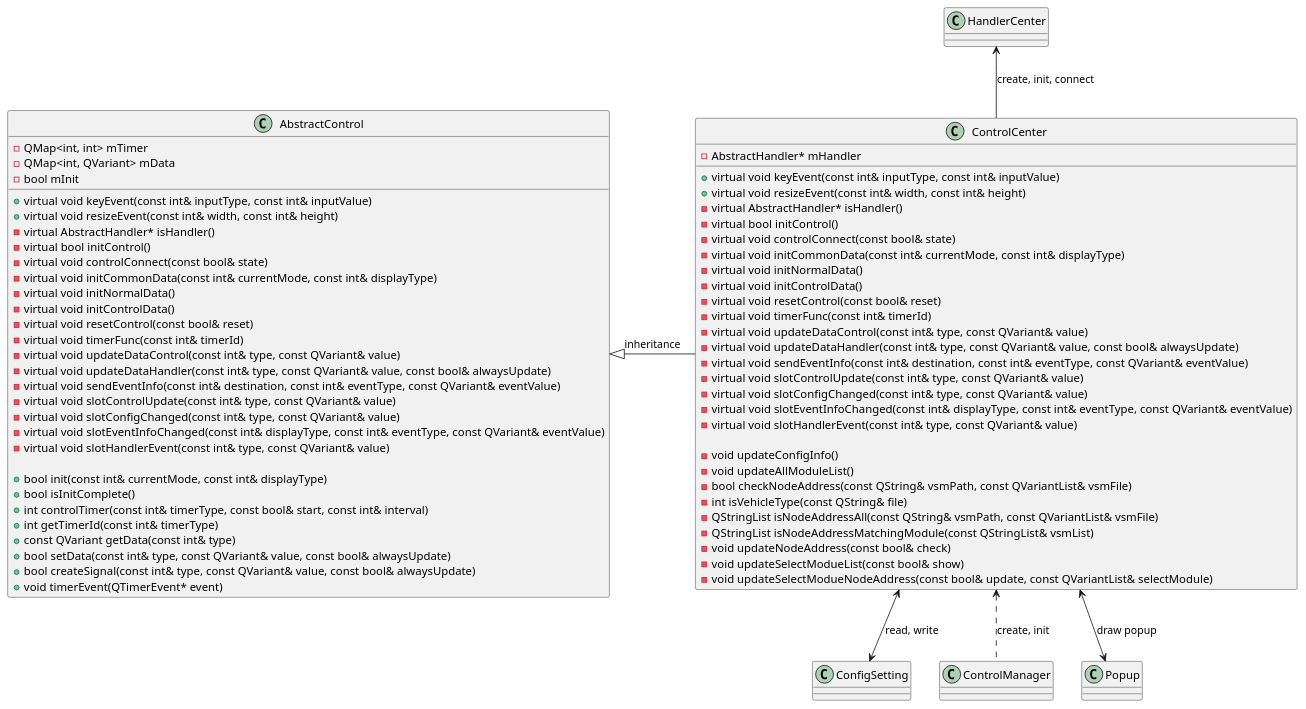
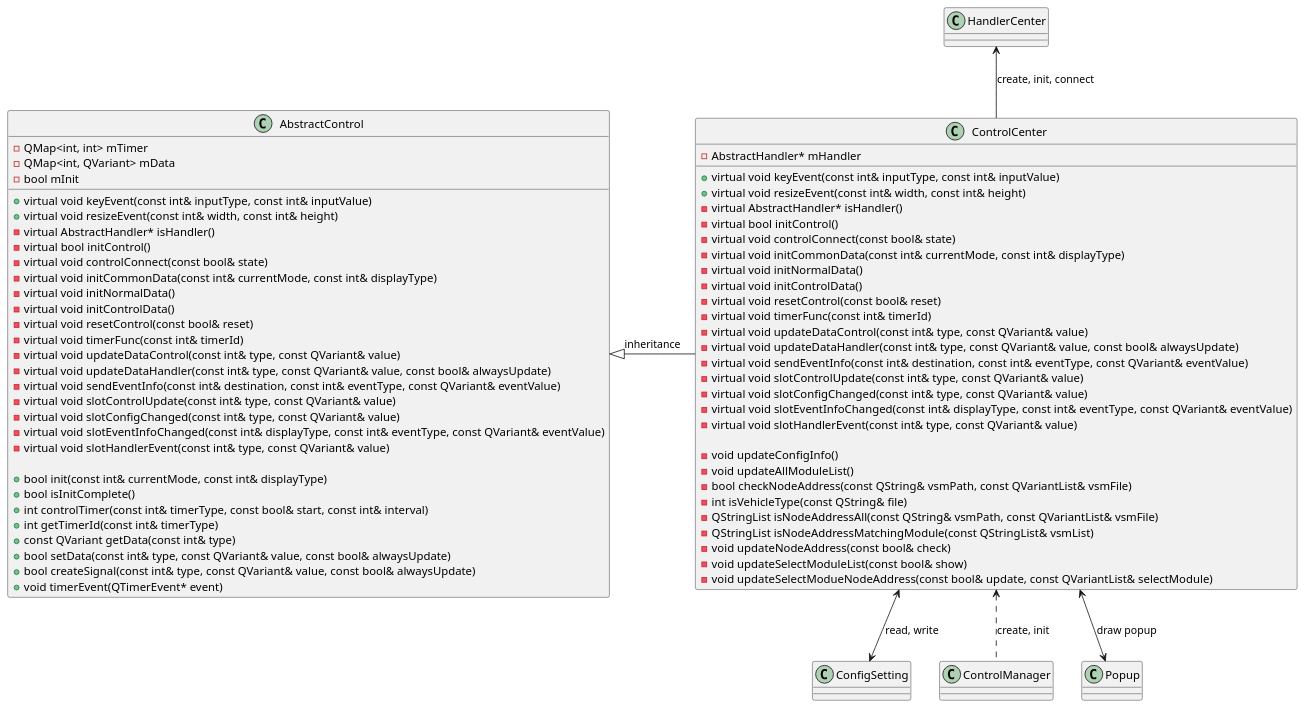
Before and after one commit to rlarudgh1997/Application: the diagram in Diagram/021_Center/ClassDiagram_CenterControl.plantuml, drawn with PlantUML. The commit also changed 25 other files, not shown here.

```diff
--- a/Diagram/021_Center/ClassDiagram_CenterControl.plantuml
+++ b/Diagram/021_Center/ClassDiagram_CenterControl.plantuml
@@ -1,78 +1,78 @@
 @startuml
 
 ' AbstractControl 클래스 정의
 class AbstractControl {
     +virtual void keyEvent(const int& inputType, const int& inputValue)
     +virtual void resizeEvent(const int& width, const int& height)
     -virtual AbstractHandler* isHandler()
     -virtual bool initControl()
     -virtual void controlConnect(const bool& state)
     -virtual void initCommonData(const int& currentMode, const int& displayType)
     -virtual void initNormalData()
     -virtual void initControlData()
     -virtual void resetControl(const bool& reset)
     -virtual void timerFunc(const int& timerId)
     -virtual void updateDataControl(const int& type, const QVariant& value)
     -virtual void updateDataHandler(const int& type, const QVariant& value, const bool& alwaysUpdate)
     -virtual void sendEventInfo(const int& destination, const int& eventType, const QVariant& eventValue)
     -virtual void slotControlUpdate(const int& type, const QVariant& value)
     -virtual void slotConfigChanged(const int& type, const QVariant& value)
     -virtual void slotEventInfoChanged(const int& displayType, const int& eventType, const QVariant& eventValue)
     -virtual void slotHandlerEvent(const int& type, const QVariant& value)
 
     +bool init(const int& currentMode, const int& displayType)
     +bool isInitComplete()
     +int controlTimer(const int& timerType, const bool& start, const int& interval)
     +int getTimerId(const int& timerType)
     +const QVariant getData(const int& type)
     +bool setData(const int& type, const QVariant& value, const bool& alwaysUpdate)
     +bool createSignal(const int& type, const QVariant& value, const bool& alwaysUpdate)
     +void timerEvent(QTimerEvent* event)
 
     -QMap<int, int> mTimer
     -QMap<int, QVariant> mData
     -bool mInit
 }
 
 ' ControlCenter 클래스 정의
 class ControlCenter {
     +virtual void keyEvent(const int& inputType, const int& inputValue)
     +virtual void resizeEvent(const int& width, const int& height)
     -virtual AbstractHandler* isHandler()
     -virtual bool initControl()
     -virtual void controlConnect(const bool& state)
     -virtual void initCommonData(const int& currentMode, const int& displayType)
     -virtual void initNormalData()
     -virtual void initControlData()
     -virtual void resetControl(const bool& reset)
     -virtual void timerFunc(const int& timerId)
     -virtual void updateDataControl(const int& type, const QVariant& value)
     -virtual void updateDataHandler(const int& type, const QVariant& value, const bool& alwaysUpdate)
     -virtual void sendEventInfo(const int& destination, const int& eventType, const QVariant& eventValue)
     -virtual void slotControlUpdate(const int& type, const QVariant& value)
     -virtual void slotConfigChanged(const int& type, const QVariant& value)
     -virtual void slotEventInfoChanged(const int& displayType, const int& eventType, const QVariant& eventValue)
     -virtual void slotHandlerEvent(const int& type, const QVariant& value)
 
     -void updateConfigInfo()
     -void updateAllModuleList()
     -bool checkNodeAddress(const QString& vsmPath, const QVariantList& vsmFile)
     -int isVehicleType(const QString& file)
     -QStringList isNodeAddressAll(const QString& vsmPath, const QVariantList& vsmFile)
     -QStringList isNodeAddressMatchingModule(const QStringList& vsmList)
     -void updateNodeAddress(const bool& check)
-    -void updateSelectModueList(const bool& show)
+    -void updateSelectModuleList(const bool& show)
     -void updateSelectModueNodeAddress(const bool& update, const QVariantList& selectModule)
 
     -AbstractHandler* mHandler
 }
 
 
 ' 클래스 간의 관계 정의
 AbstractControl <|- ControlCenter : inheritance
 HandlerCenter <-- ControlCenter : create, init, connect
 ControlCenter <--> ConfigSetting : read, write
 ControlCenter <.. ControlManager : create, init
 ControlCenter <--> Popup : draw popup
 
 @enduml
```
